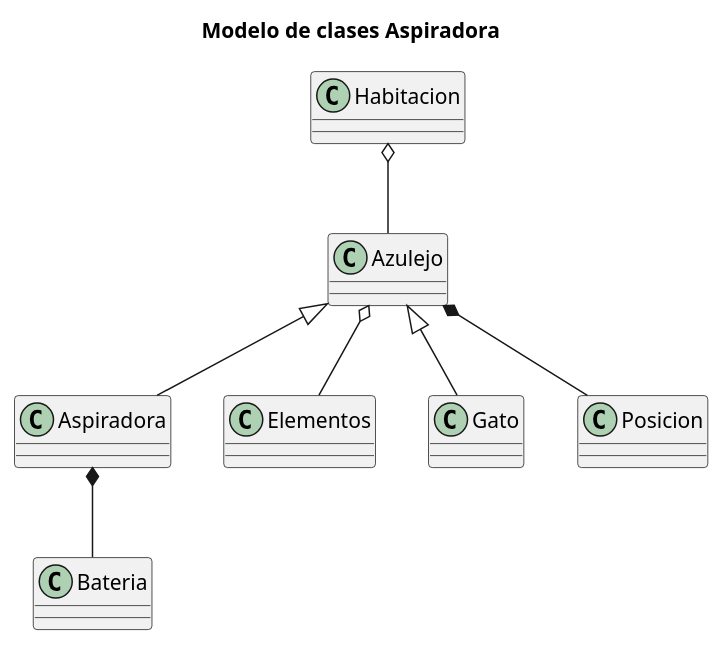
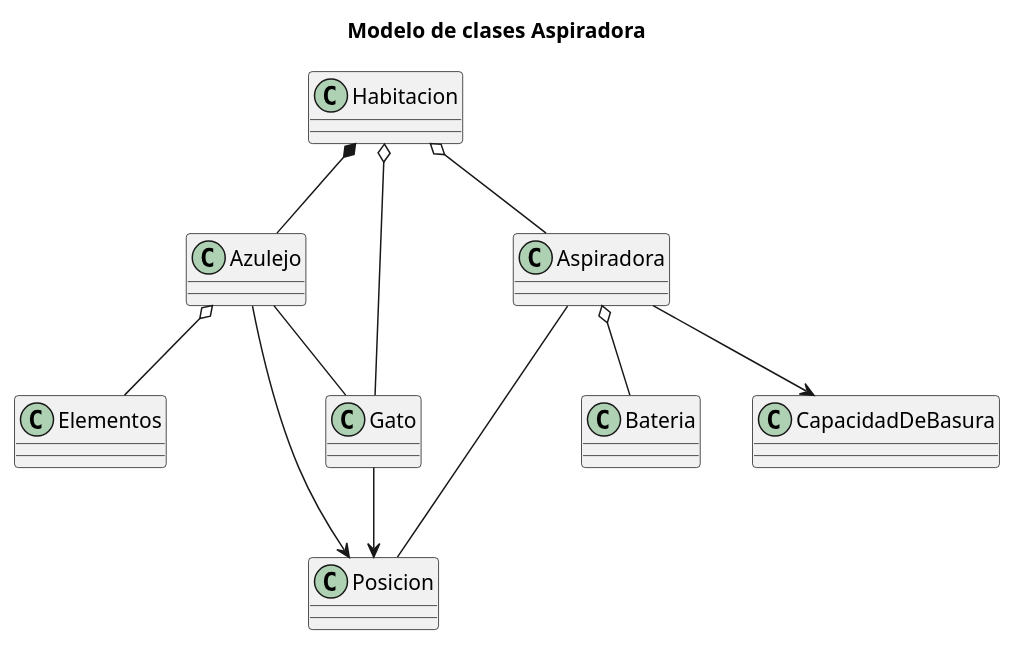
Before and after one commit to mmasias/23-24-IdSw2-SDD: the diagram in modelosUML/DiagramaDeClases.puml, drawn with PlantUML.

Commit message:
Fix/atualización modelo de clases aspiradora

```diff
--- a/modelosUML/DiagramaDeClases.puml
+++ b/modelosUML/DiagramaDeClases.puml
@@ -1,40 +1,50 @@
 @startuml
 
 title Modelo de clases Aspiradora
 
 class Habitacion { 
 
 }
 
 Class Azulejo {  
 
 }
 
 class Aspiradora { 
 
 }
 
 class Elementos  { 
 
 }
 
 class Gato { 
 
 }
 
 class Posicion { 
 
 }
 
 class Bateria { 
 
 }	
+class CapacidadDeBasura { 
 
-Habitacion o-- Azulejo
-Azulejo <|-- Aspiradora
+}	
+
+
+
+Habitacion *-- Azulejo
+Habitacion o-- Aspiradora
+Habitacion o-- Gato
+Gato-->Posicion
 Azulejo o--Elementos 
-Azulejo <|-- Gato
-Azulejo *-- Posicion
-Aspiradora *-- Bateria
+Azulejo -- Gato
+Azulejo --> Posicion
+Aspiradora -- Posicion
+Aspiradora o-- Bateria
+Aspiradora --> CapacidadDeBasura
+
 
 @enduml
```
